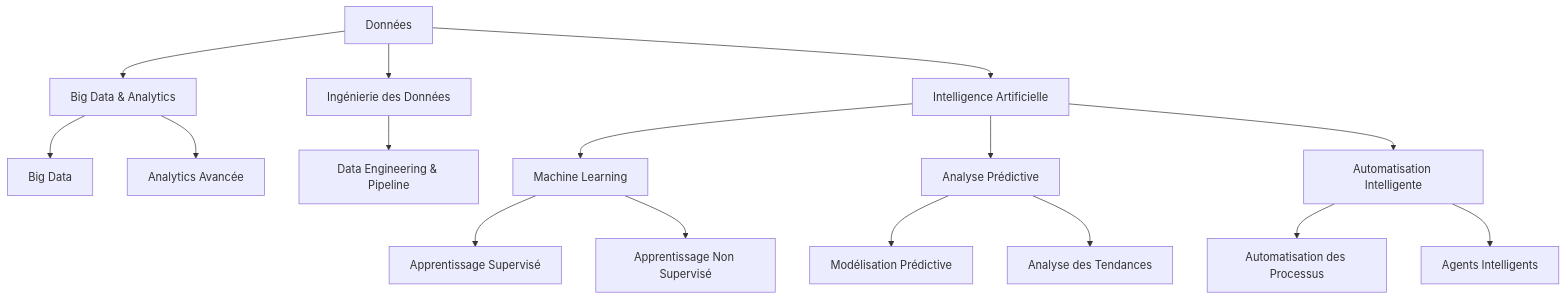
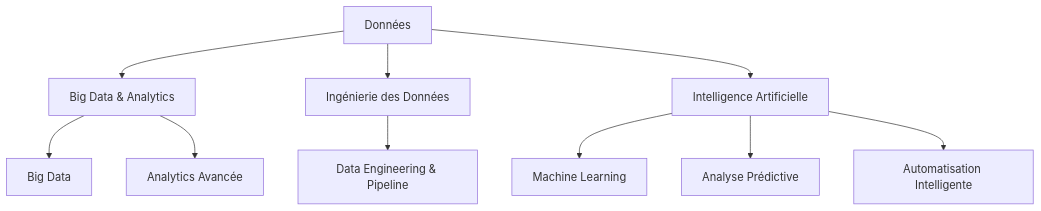
The fifth of 6 diagrams in TestSchema.md (sanogotech/preparationCertificationCCNA), drawn with Mermaid before and after one commit. The commit also changed other lines of this file, not shown here.

````diff
--- a/TestSchema.md
+++ b/TestSchema.md
@@ -93,30 +94,18 @@
 ```mermaid
 graph TD
     F[Données] --> F1[Big Data & Analytics]
     F --> F2[Ingénierie des Données]
     F --> I[Intelligence Artificielle]
 
     %% Big Data & Analytics
     F1 --> F1a[Big Data]
     F1 --> F1b[Analytics Avancée]
 
     %% Ingénierie des Données
     F2 --> F2a[Data Engineering & Pipeline]
 
     %% Intelligence Artificielle
     I --> I1[Machine Learning]
     I --> I2[Analyse Prédictive]
     I --> I3[Automatisation Intelligente]
-
-    %% Machine Learning
-    I1 --> I1a[Apprentissage Supervisé]
-    I1 --> I1b[Apprentissage Non Supervisé]
-
-    %% Analyse Prédictive
-    I2 --> I2a[Modélisation Prédictive]
-    I2 --> I2b[Analyse des Tendances]
-
-    %% Automatisation Intelligente
-    I3 --> I3a[Automatisation des Processus]
-    I3 --> I3b[Agents Intelligents]
 ```
````
